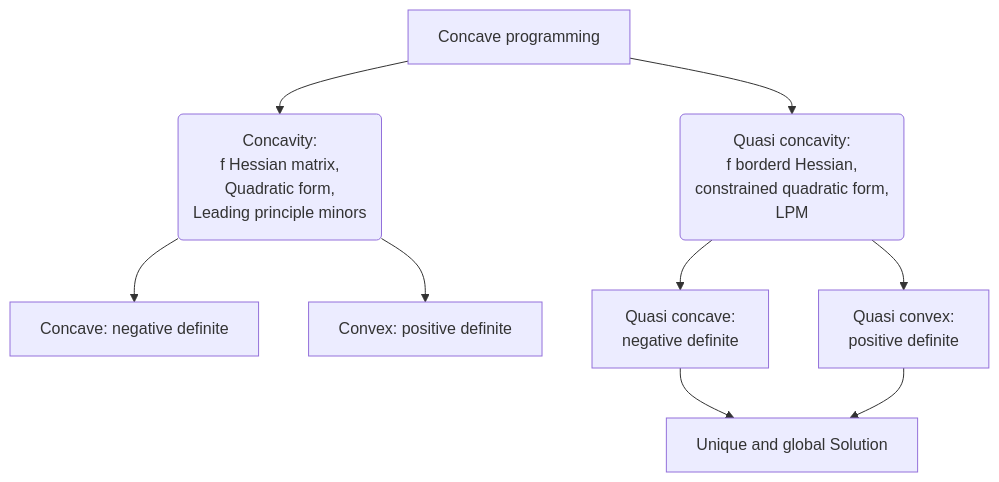
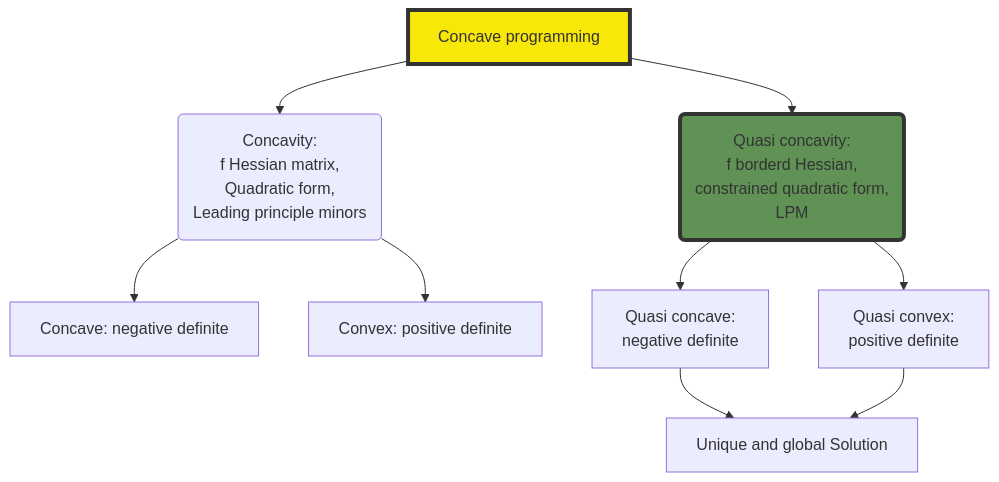
The second of 2 diagrams in _posts/2016-11-16-econ350-test8.md (snowdj/great-waterfall), drawn with Mermaid before and after one commit.

```diff
--- a/_posts/2016-11-16-econ350-test8.md
+++ b/_posts/2016-11-16-econ350-test8.md
@@ -33,11 +33,13 @@
 <div class="mermaid">
 graph TD
     id1[Concave programming]-->id3(Concavity: <br>f  Hessian matrix,<br> Quadratic form, <br>Leading principle minors)
     id1[Concave programming]-->id2(Quasi concavity: <br>f borderd Hessian, <br>constrained quadratic form, <br>LPM)
     id3-->id7[Concave: negative definite]
     id3-->id8[Convex: positive definite]
     id2-->id5[Quasi concave: <br>negative definite]
     id2-->id6[Quasi convex: <br>positive definite]
     id5--> id9[Unique and global Solution]
     id6--> id9[Unique and global Solution]
+    style id1 fill:#F8E80A,stroke:#333,stroke-width:4px;
+    style id2 fill:#609256,stroke:#333,stroke-width:4px
  </div>
```
